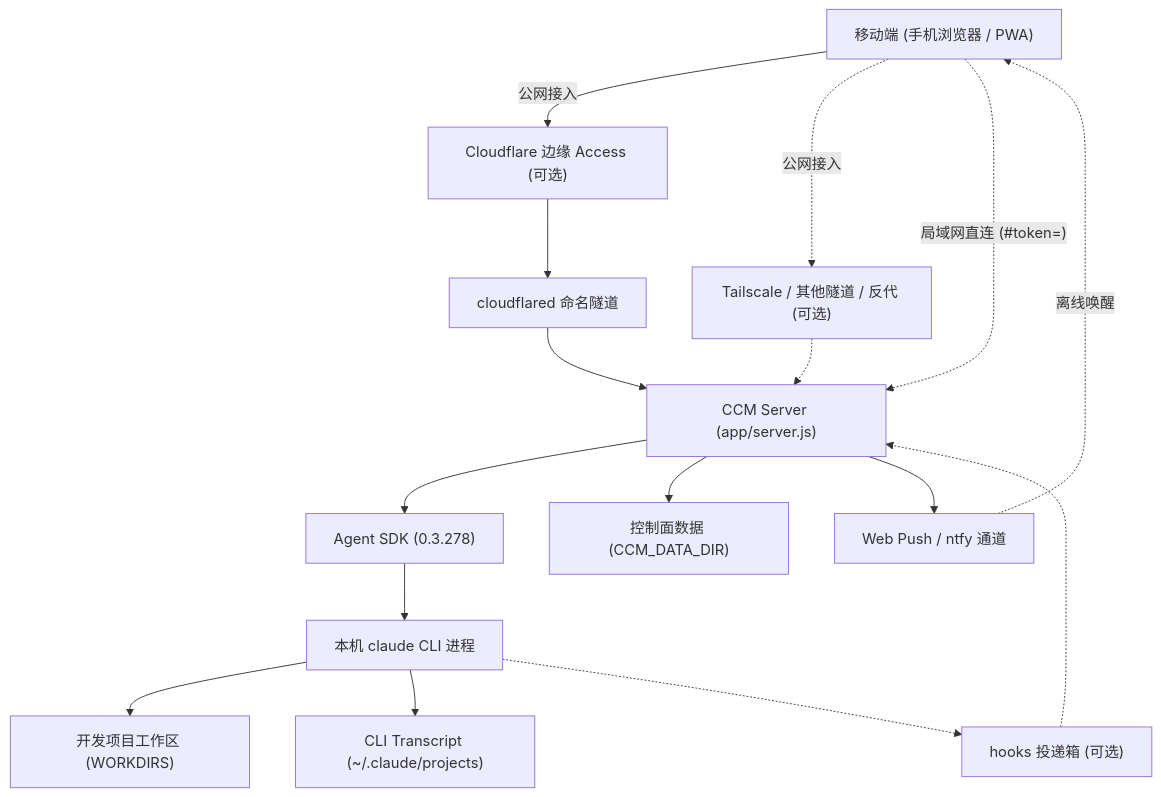
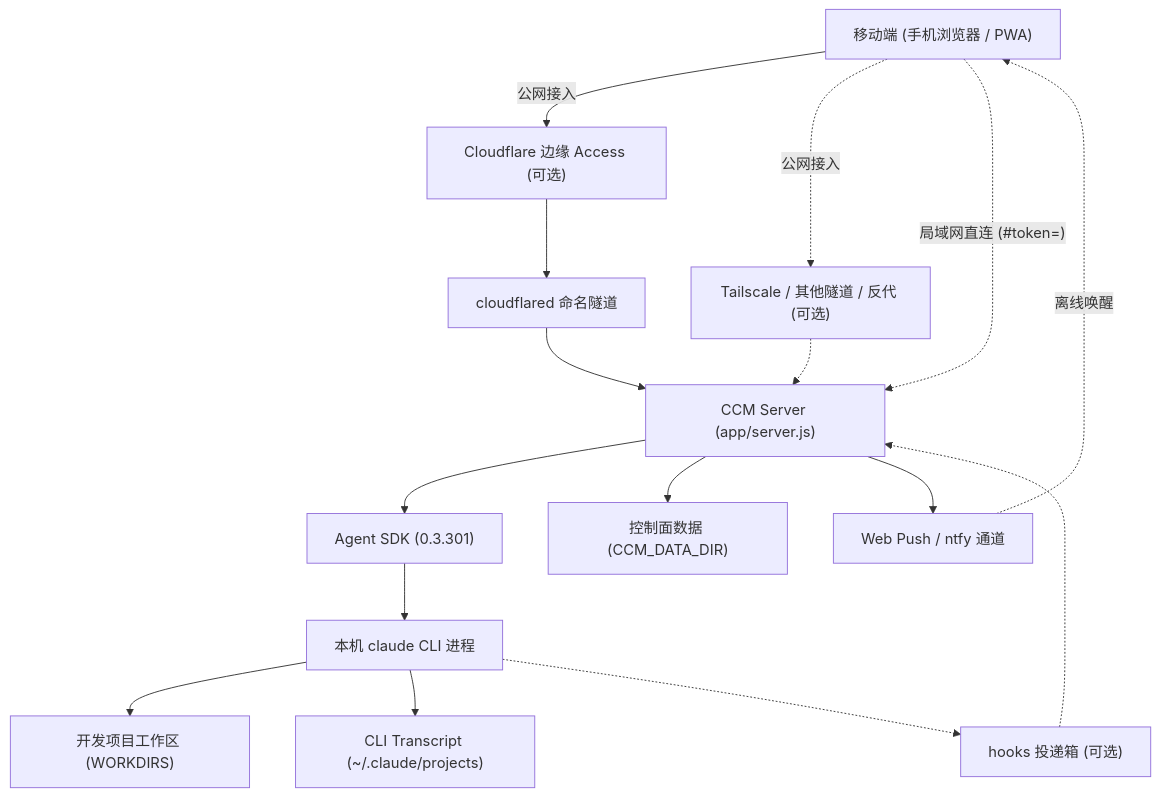
One commit to Ike-li/claude-chat-mobile changed the diagram in docs-site/pages/integrations.md. Above: the diagram before and after it, drawn with Mermaid. The commit also changed other lines of this file and 40 other files, not shown here.

````diff
--- a/docs-site/pages/integrations.md
+++ b/docs-site/pages/integrations.md
@@ -27,25 +27,25 @@
 ```mermaid
 flowchart TB
   Phone["移动端 (手机浏览器 / PWA)"]
   CF["Cloudflare 边缘 Access (可选)"]
   Tunnel["cloudflared 命名隧道"]
   Alt["Tailscale / 其他隧道 / 反代 (可选)"]
   Server["CCM Server (app/server.js)"]
-  SDK["Agent SDK (0.3.278)"]
+  SDK["Agent SDK (0.3.301)"]
   CLI["本机 claude CLI 进程"]
   FS["开发项目工作区 (WORKDIRS)"]
   Push["Web Push / ntfy 通道"]
   Data["控制面数据 (CCM_DATA_DIR)"]
   Disk["CLI Transcript (~/.claude/projects)"]
   Hooks["hooks 投递箱 (可选)"]
 
   Phone -->|"公网接入"| CF --> Tunnel --> Server
   Phone -.->|"公网接入"| Alt -.-> Server
   Phone -.->|"局域网直连 (#token=)"| Server
   Server --> SDK --> CLI --> FS
   Server --> Data
   CLI --> Disk
   CLI -.-> Hooks -.-> Server
   Server --> Push
   Push -.->|"离线唤醒"| Phone
 ```
````
